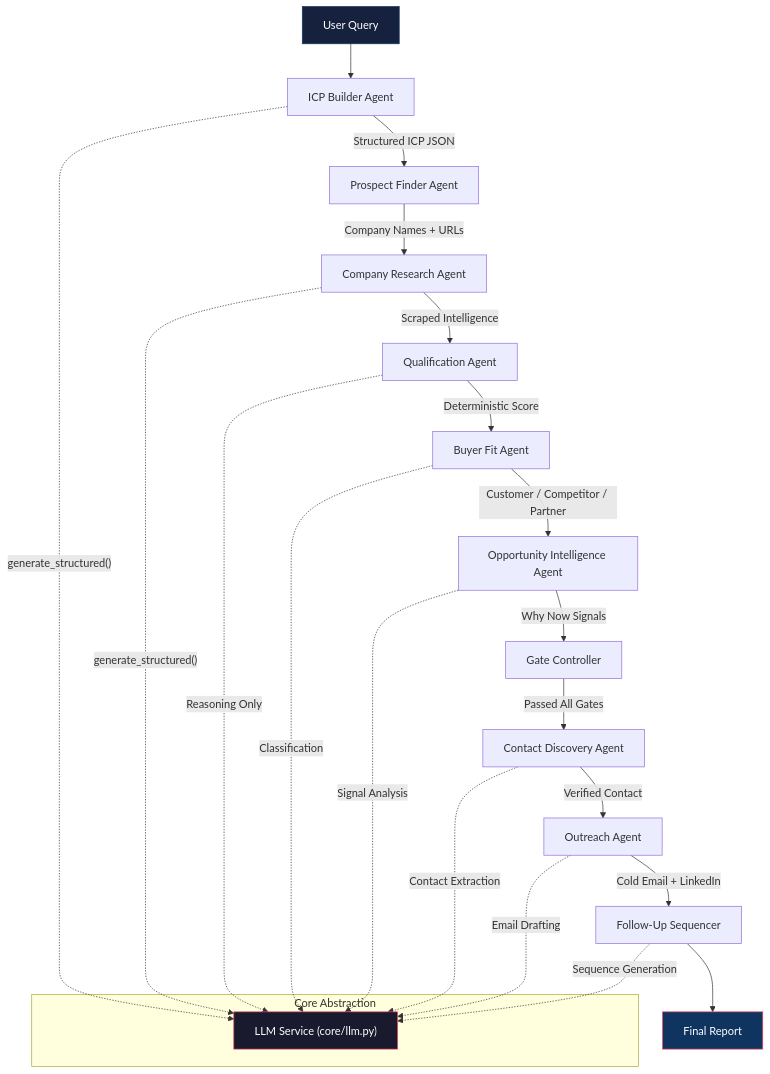
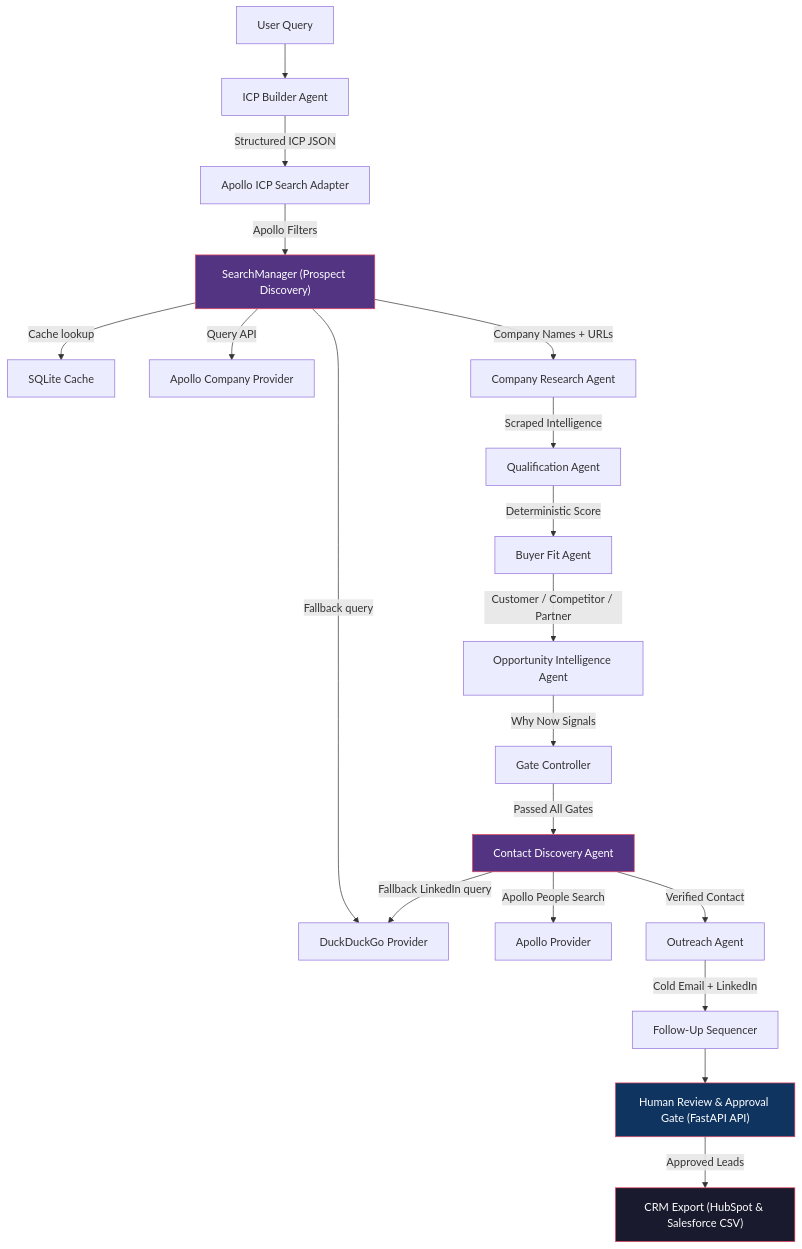
Before and after one commit to patareshivraj/AI-Sales-Copilot: the first of 3 diagrams in README.md, drawn with Mermaid. The commit also changed other lines of this file, not shown here.

Commit message:
docs: Update README.md with Apollo Integration, CRM Exporter, and Human Review Architecture

````diff
--- a/README.md
+++ b/README.md
@@ -34,31 +34,26 @@
 ```mermaid
 graph TD
     A["User Query"] --> B["ICP Builder Agent"]
-    B -->|"Structured ICP JSON"| C["Prospect Finder Agent"]
-    C -->|"Company Names + URLs"| D["Company Research Agent"]
-    D -->|"Scraped Intelligence"| E["Qualification Agent"]
-    E -->|"Deterministic Score"| F["Buyer Fit Agent"]
-    F -->|"Customer / Competitor / Partner"| G["Opportunity Intelligence Agent"]
-    G -->|"Why Now Signals"| H["Gate Controller"]
-    H -->|"Passed All Gates"| I["Contact Discovery Agent"]
-    I -->|"Verified Contact"| J["Outreach Agent"]
-    J -->|"Cold Email + LinkedIn"| K["Follow-Up Sequencer"]
-    K --> L["Final Report"]
+    B -->|"Structured ICP JSON"| C["Apollo ICP Search Adapter"]
+    C -->|"Apollo Filters"| D["SearchManager (Prospect Discovery)"]
+    D -->|"Cache lookup"| E["SQLite Cache"]
+    D -->|"Query API"| F["Apollo Company Provider"]
+    D -->|"Fallback query"| G["DuckDuckGo Provider"]
+    D -->|"Company Names + URLs"| H["Company Research Agent"]
+    H -->|"Scraped Intelligence"| I["Qualification Agent"]
+    I -->|"Deterministic Score"| J["Buyer Fit Agent"]
+    J -->|"Customer / Competitor / Partner"| K["Opportunity Intelligence Agent"]
+    K -->|"Why Now Signals"| L["Gate Controller"]
+    L -->|"Passed All Gates"| M["Contact Discovery Agent"]
+    M -->|"Apollo People Search"| N["Apollo Provider"]
+    M -->|"Fallback LinkedIn query"| G
+    M -->|"Verified Contact"| O["Outreach Agent"]
+    O -->|"Cold Email + LinkedIn"| P["Follow-Up Sequencer"]
+    P --> Q["Human Review & Approval Gate (FastAPI API)"]
+    Q -->|"Approved Leads"| R["CRM Export (HubSpot & Salesforce CSV)"]
 
-    subgraph "Core Abstraction"
-        LLM["LLM Service (core/llm.py)"]
-    end
-
-    B -.->|"generate_structured()"| LLM
-    D -.->|"generate_structured()"| LLM
-    E -.->|"Reasoning Only"| LLM
-    F -.->|"Classification"| LLM
-    G -.->|"Signal Analysis"| LLM
-    I -.->|"Contact Extraction"| LLM
-    J -.->|"Email Drafting"| LLM
-    K -.->|"Sequence Generation"| LLM
-
-    style LLM fill:#1a1a2e,stroke:#e94560,color:#fff
-    style L fill:#0f3460,stroke:#e94560,color:#fff
-    style A fill:#16213e,stroke:#0f3460,color:#fff
+    style D fill:#533483,stroke:#e94560,color:#fff
+    style M fill:#533483,stroke:#e94560,color:#fff
+    style Q fill:#0f3460,stroke:#e94560,color:#fff
+    style R fill:#1a1a2e,stroke:#e94560,color:#fff
 ```
````
